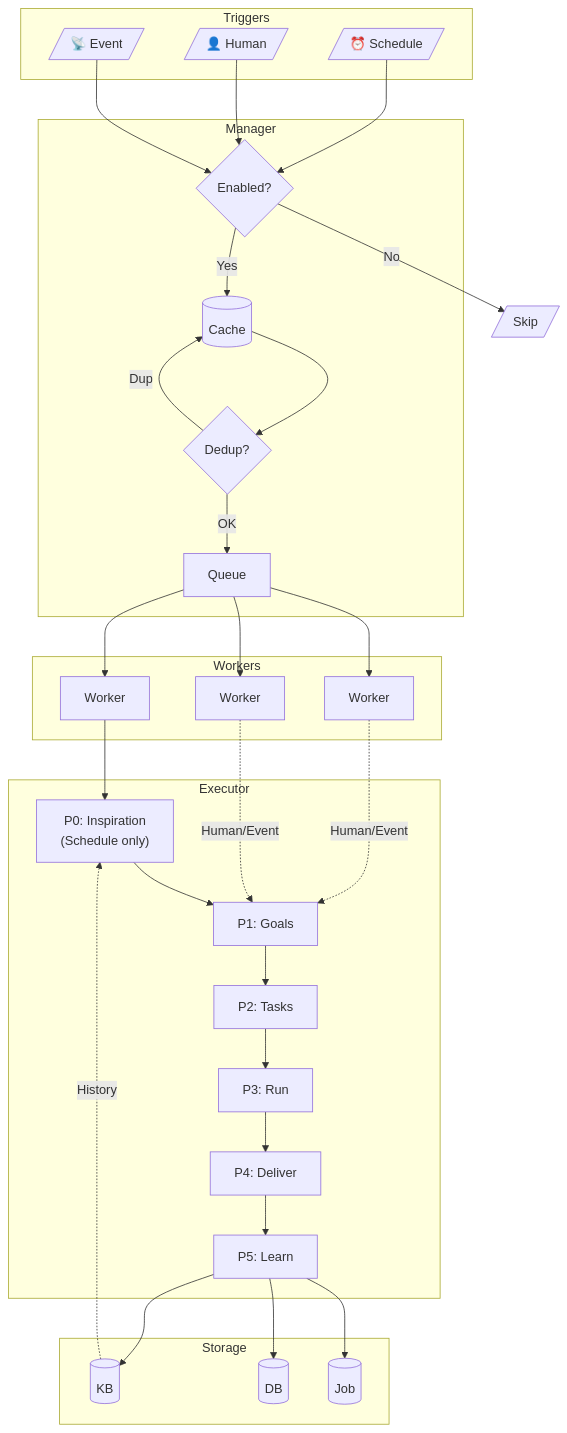
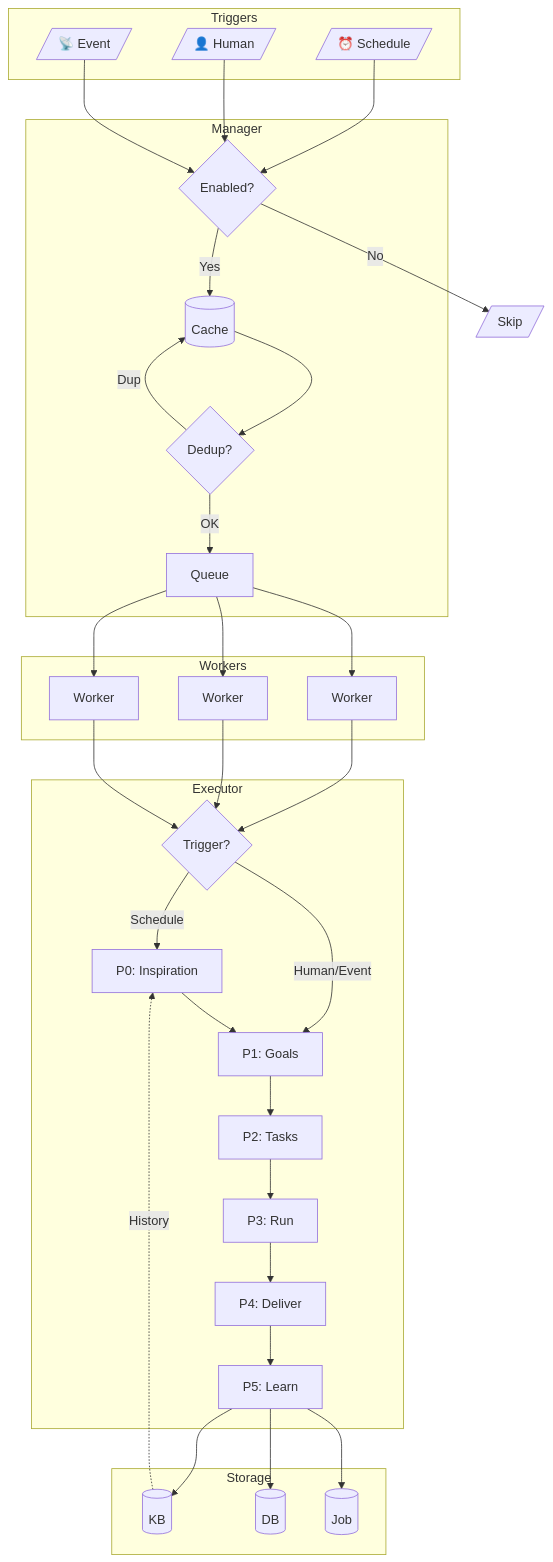
Before and after one commit to YaoApp/yao: the first of 5 diagrams in agent/autonomous/DESIGN.md, drawn with Mermaid.

Commit message:
Update Execution Flow in Autonomous Agent Design Document to Include Trigger Decision Point
- Added a decision point for triggers in the execution flow diagram, clarifying the paths for schedule and human/event triggers.
- Revised the connections in the flowchart to reflect the new structure, ensuring a clear distinction between the Inspiration phase and goal generation based on trigger types.
- Enhanced the overall clarity of the document by improving the representation of the agent's operational phases.

````diff
--- a/agent/autonomous/DESIGN.md
+++ b/agent/autonomous/DESIGN.md
@@ -21,50 +21,52 @@
 ```mermaid
 flowchart TB
     subgraph Triggers["Triggers"]
         WC[/"⏰ Schedule"/]
         HI[/"👤 Human"/]
         EV[/"📡 Event"/]
     end
 
     subgraph Manager["Manager"]
         TC{"Enabled?"}
         Cache[("Cache")]
         Dedup{"Dedup?"}
         Queue["Queue"]
     end
 
     subgraph Pool["Workers"]
         W1["Worker"]
         W2["Worker"]
         W3["Worker"]
     end
 
     subgraph Executor["Executor"]
-        P0["P0: Inspiration<br/>(Schedule only)"]
+        TT{"Trigger?"}
+        P0["P0: Inspiration"]
         P1["P1: Goals"]
         P2["P2: Tasks"]
         P3["P3: Run"]
         P4["P4: Deliver"]
         P5["P5: Learn"]
     end
 
     subgraph Storage["Storage"]
         KB[("KB")]
         DB[("DB")]
         Job[("Job")]
     end
 
     WC --> TC
     HI & EV --> TC
     TC -->|Yes| Cache
     TC -->|No| X[/Skip/]
     Cache --> Dedup
     Dedup -->|OK| Queue
     Dedup -->|Dup| Cache
     Queue --> W1 & W2 & W3
-    W1 --> P0
-    W2 & W3 -.->|Human/Event| P1
+    W1 & W2 & W3 --> TT
+    TT -->|Schedule| P0
+    TT -->|Human/Event| P1
     P0 --> P1 --> P2 --> P3 --> P4 --> P5
     P5 --> KB & DB & Job
     KB -.->|History| P0
 ```
````
